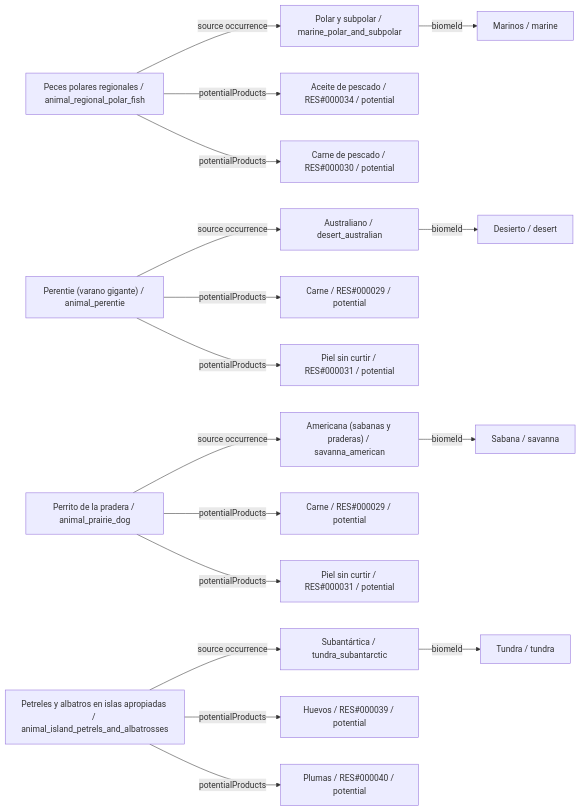
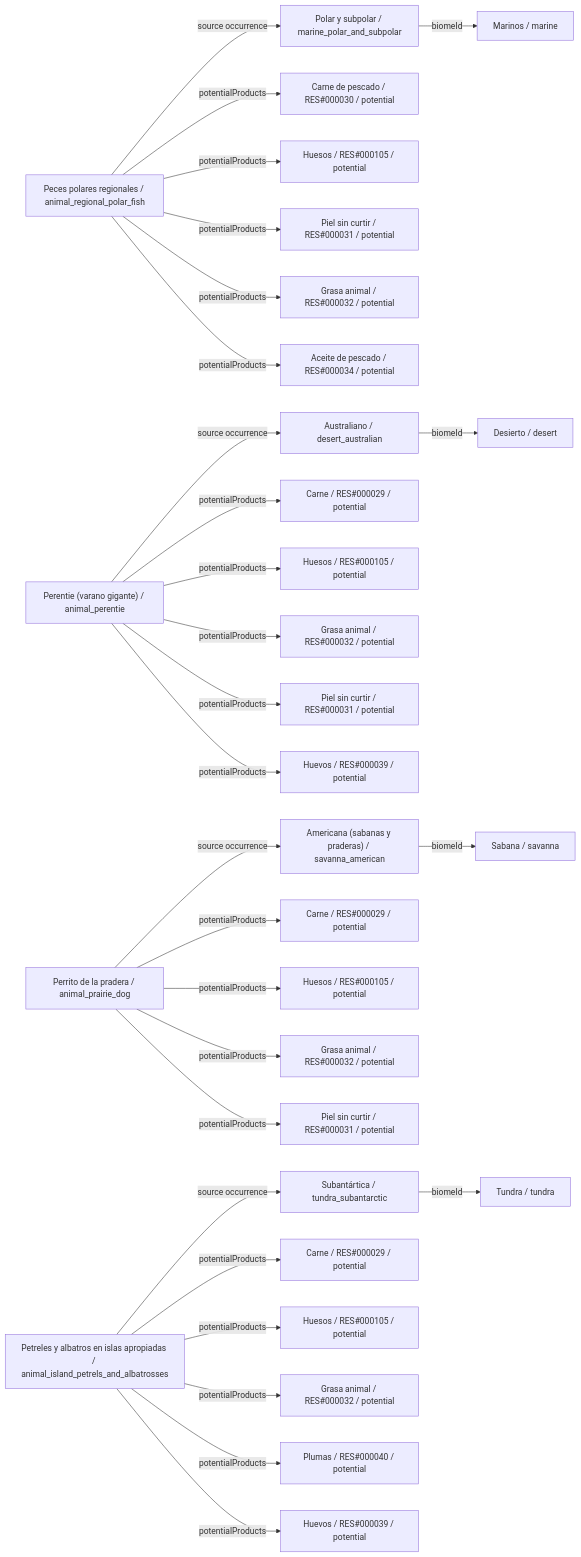
Diagram 19 of 26 in data/animals/DIAGRAMS.es.md (fgabo404/EvolveDoc), drawn with Mermaid before and after one commit. The commit also changed other lines of this file and 44 other files, not shown here.

````diff
--- a/data/animals/DIAGRAMS.es.md
+++ b/data/animals/DIAGRAMS.es.md
@@ -921,39 +1311,61 @@
 ```mermaid
 flowchart LR
     c0["Peces polares regionales / animal_regional_polar_fish"]
     v21["Polar y subpolar / marine_polar_and_subpolar"]
     b5["Marinos / marine"]
-    o0_0["Aceite de pescado / RES#000034 / potential"]
-    o0_1["Carne de pescado / RES#000030 / potential"]
+    o0_0["Carne de pescado / RES#000030 / potential"]
+    o0_1["Huesos / RES#000105 / potential"]
+    o0_2["Piel sin curtir / RES#000031 / potential"]
+    o0_3["Grasa animal / RES#000032 / potential"]
+    o0_4["Aceite de pescado / RES#000034 / potential"]
     c1["Perentie (varano gigante) / animal_perentie"]
     v18["Australiano / desert_australian"]
     b4["Desierto / desert"]
     o1_0["Carne / RES#000029 / potential"]
-    o1_1["Piel sin curtir / RES#000031 / potential"]
+    o1_1["Huesos / RES#000105 / potential"]
+    o1_2["Grasa animal / RES#000032 / potential"]
+    o1_3["Piel sin curtir / RES#000031 / potential"]
+    o1_4["Huevos / RES#000039 / potential"]
     c2["Perrito de la pradera / animal_prairie_dog"]
     v12["Americana (sabanas y praderas) / savanna_american"]
     b3["Sabana / savanna"]
     o2_0["Carne / RES#000029 / potential"]
-    o2_1["Piel sin curtir / RES#000031 / potential"]
+    o2_1["Huesos / RES#000105 / potential"]
+    o2_2["Grasa animal / RES#000032 / potential"]
+    o2_3["Piel sin curtir / RES#000031 / potential"]
     c3["Petreles y albatros en islas apropiadas / animal_island_petrels_and_albatrosses"]
     v10["Subantártica / tundra_subantarctic"]
     b2["Tundra / tundra"]
-    o3_0["Huevos / RES#000039 / potential"]
-    o3_1["Plumas / RES#000040 / potential"]
+    o3_0["Carne / RES#000029 / potential"]
+    o3_1["Huesos / RES#000105 / potential"]
+    o3_2["Grasa animal / RES#000032 / potential"]
+    o3_3["Plumas / RES#000040 / potential"]
+    o3_4["Huevos / RES#000039 / potential"]
     c0 -->|potentialProducts| o0_0
     c0 -->|potentialProducts| o0_1
+    c0 -->|potentialProducts| o0_2
+    c0 -->|potentialProducts| o0_3
+    c0 -->|potentialProducts| o0_4
     c0 -->|source occurrence| v21
     c1 -->|potentialProducts| o1_0
     c1 -->|potentialProducts| o1_1
+    c1 -->|potentialProducts| o1_2
+    c1 -->|potentialProducts| o1_3
+    c1 -->|potentialProducts| o1_4
     c1 -->|source occurrence| v18
     c2 -->|potentialProducts| o2_0
     c2 -->|potentialProducts| o2_1
+    c2 -->|potentialProducts| o2_2
+    c2 -->|potentialProducts| o2_3
     c2 -->|source occurrence| v12
     c3 -->|potentialProducts| o3_0
     c3 -->|potentialProducts| o3_1
+    c3 -->|potentialProducts| o3_2
+    c3 -->|potentialProducts| o3_3
+    c3 -->|potentialProducts| o3_4
     c3 -->|source occurrence| v10
     v10 -->|biomeId| b2
     v12 -->|biomeId| b3
     v18 -->|biomeId| b4
     v21 -->|biomeId| b5
 ```
````
